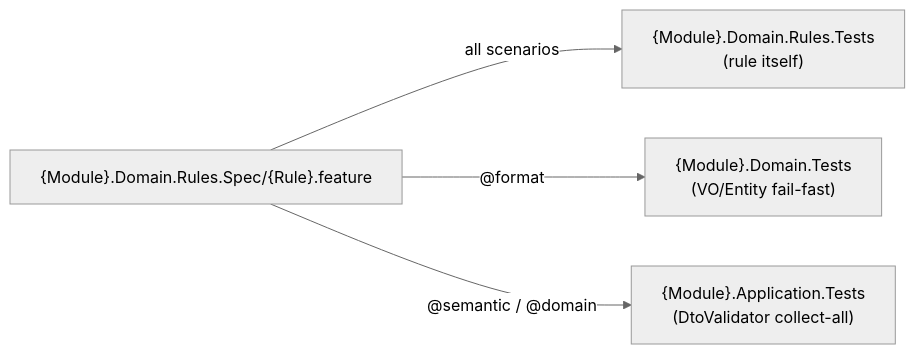
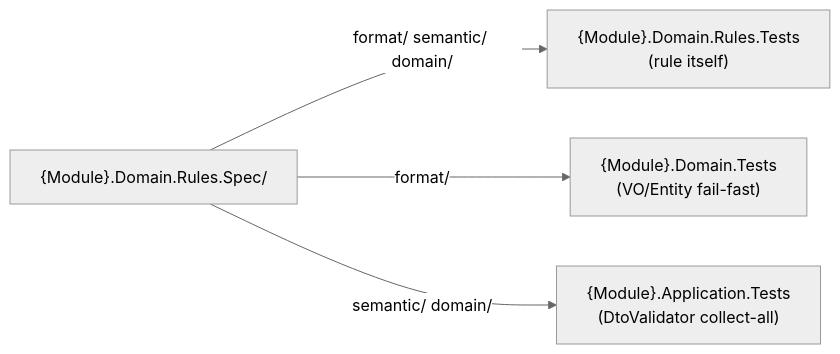
One commit to InsonusK/ai-skills changed the second of 2 diagrams in skills/dotnet/architecture/solutions/solution-domain-shared-rules.skill/solution-domain-shared-rules.skill.md. Above: the diagram before and after it, drawn with Mermaid (neutral theme). The commit also changed other lines of this file and 13 other files, not shown here.

First line of the commit message:
fix(domain-shared-rules): shared spec scenarios actually run at every layer

````diff
--- a/skills/dotnet/architecture/solutions/solution-domain-shared-rules.skill/solution-domain-shared-rules.skill.md
+++ b/skills/dotnet/architecture/solutions/solution-domain-shared-rules.skill/solution-domain-shared-rules.skill.md
@@ -180,7 +185,7 @@
 ```mermaid
 flowchart LR
-    Spec["{Module}.Domain.Rules.Spec/{Rule}.feature"]
-    Spec -->|all scenarios| RulesTests["{Module}.Domain.Rules.Tests\n(rule itself)"]
-    Spec -->|"@format"| DomainTests["{Module}.Domain.Tests\n(VO/Entity fail-fast)"]
-    Spec -->|"@semantic / @domain"| AppTests["{Module}.Application.Tests\n(DtoValidator collect-all)"]
+    Spec["{Module}.Domain.Rules.Spec/"]
+    Spec -->|"format/ semantic/ domain/"| RulesTests["{Module}.Domain.Rules.Tests\n(rule itself)"]
+    Spec -->|"format/"| DomainTests["{Module}.Domain.Tests\n(VO/Entity fail-fast)"]
+    Spec -->|"semantic/ domain/"| AppTests["{Module}.Application.Tests\n(DtoValidator collect-all)"]
 ```
````
